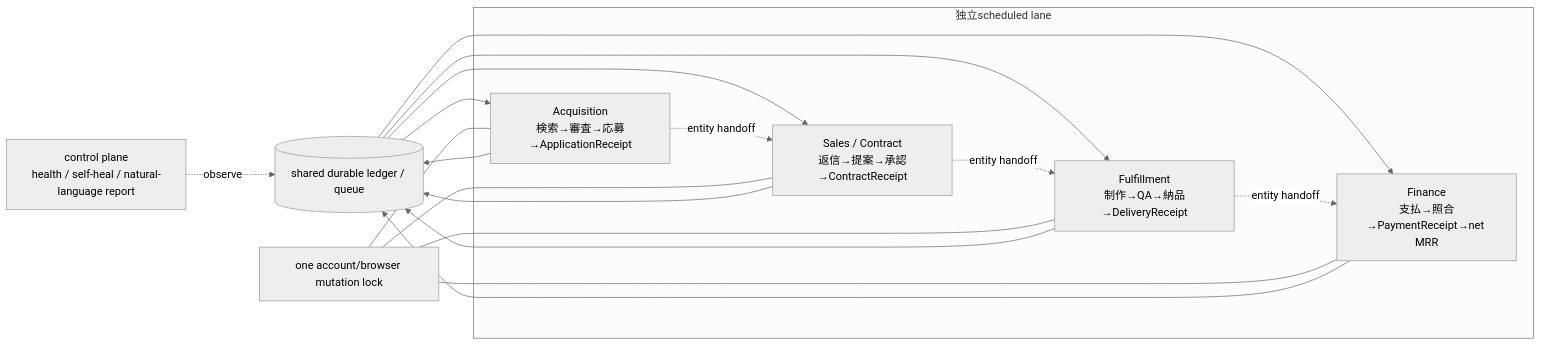
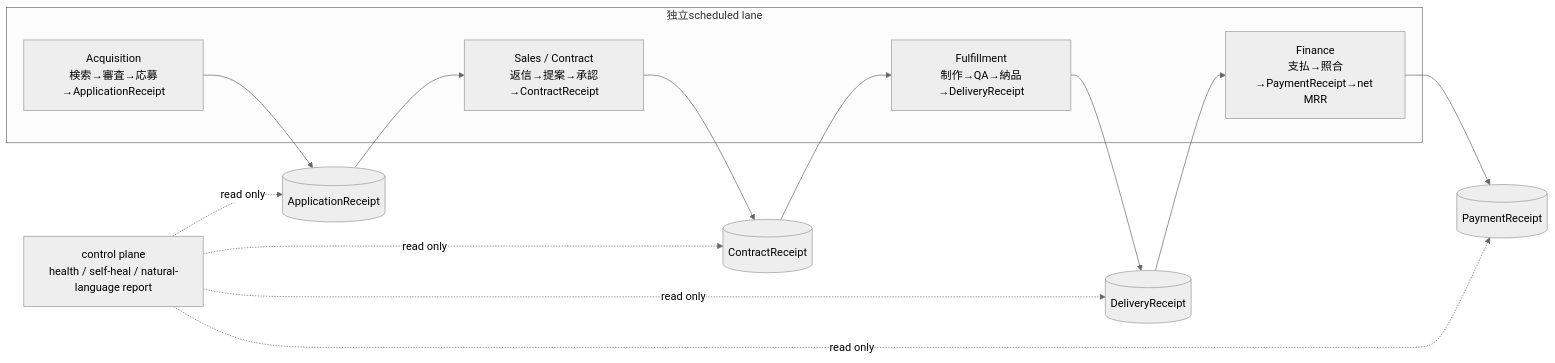
Before and after one commit to Daisuke134/anicca: the fourth of 5 diagrams in docs/superpowers/specs/2026-08-13-lancers-20k-net-mrr-design.md, drawn with Mermaid (neutral theme). The commit also changed other lines of this file, not shown here.

Commit message:
docs(lancers): remove global lock requirement

````diff
--- a/docs/superpowers/specs/2026-08-13-lancers-20k-net-mrr-design.md
+++ b/docs/superpowers/specs/2026-08-13-lancers-20k-net-mrr-design.md
@@ -1329,27 +1332,19 @@
 ```mermaid
 flowchart LR
-  Q[(shared durable ledger / queue)]
-
   subgraph L[独立scheduled lane]
     A[Acquisition\n検索→審査→応募→ApplicationReceipt]
     S[Sales / Contract\n返信→提案→承認→ContractReceipt]
     F[Fulfillment\n制作→QA→納品→DeliveryReceipt]
     M[Finance\n支払→照合→PaymentReceipt→net MRR]
   end
 
-  Q --> A --> Q
-  Q --> S --> Q
-  Q --> F --> Q
-  Q --> M --> Q
+  A --> AR[(ApplicationReceipt)] --> S
+  S --> CR[(ContractReceipt)] --> F
+  F --> DR[(DeliveryReceipt)] --> M
+  M --> PR[(PaymentReceipt)]
 
-  A -. entity handoff .-> S
-  S -. entity handoff .-> F
-  F -. entity handoff .-> M
-
-  B[one account/browser mutation lock] --- A
-  B --- S
-  B --- F
-  B --- M
-
-  C[control plane\nhealth / self-heal / natural-language report] -. observe .-> Q
+  C[control plane\nhealth / self-heal / natural-language report] -. read only .-> AR
+  C -. read only .-> CR
+  C -. read only .-> DR
+  C -. read only .-> PR
 ```
````
